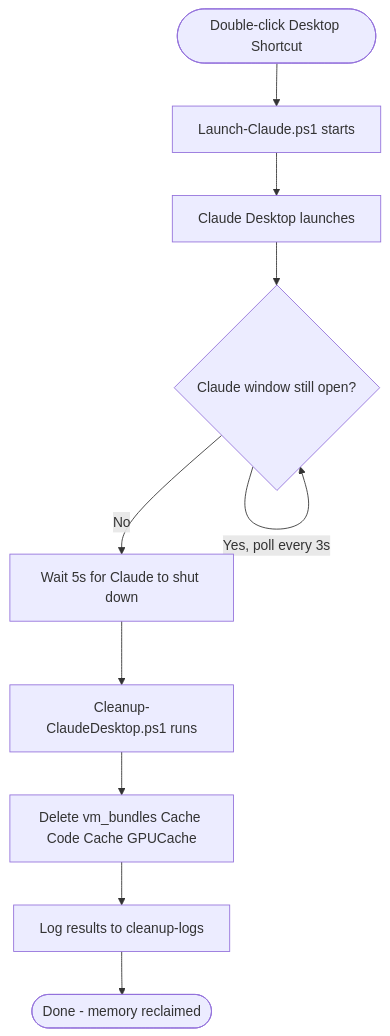
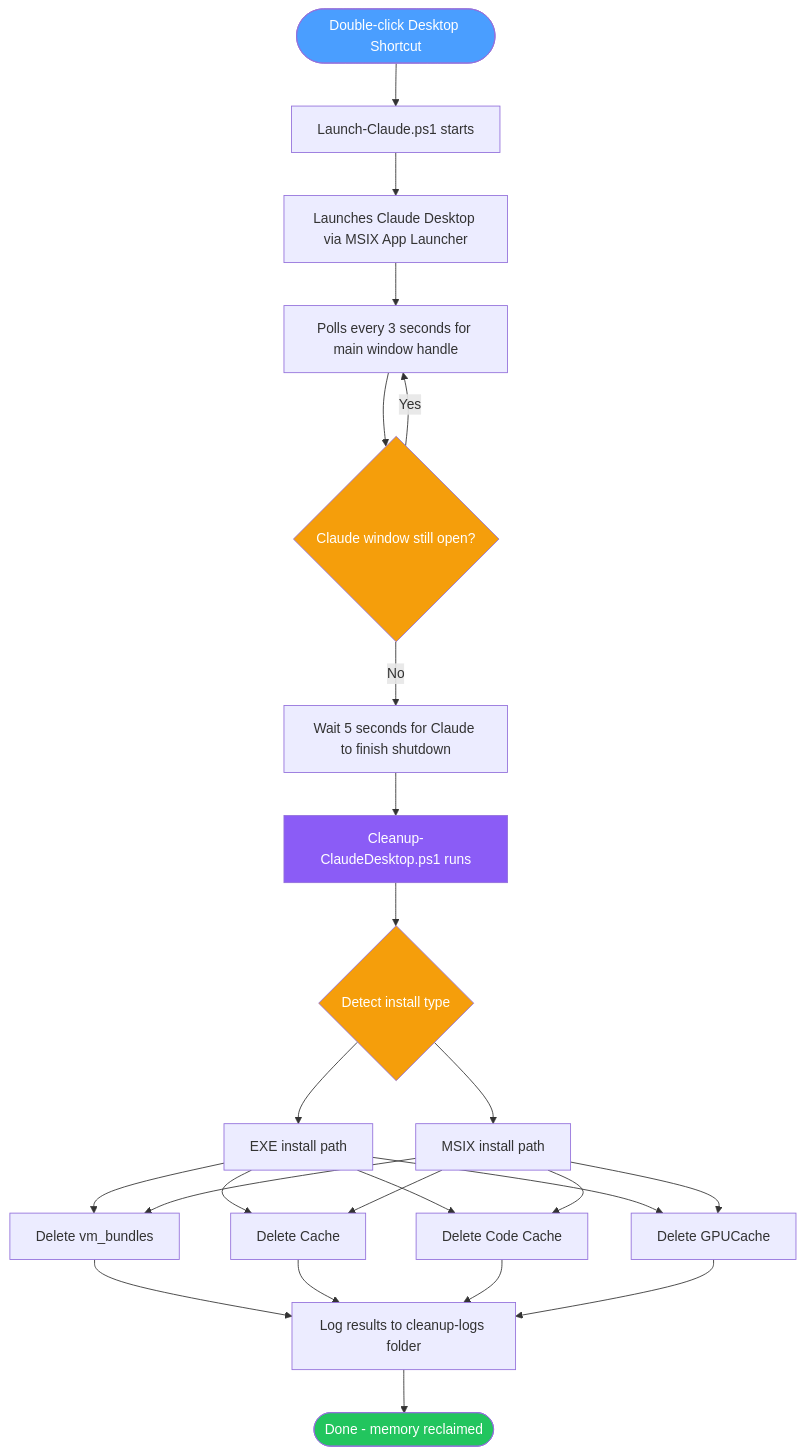
One commit to gcoleman0828/claude-memory-plug changed the diagram in README.md. Above: the diagram before and after it, drawn with Mermaid.

Commit message:
Upated README diagrams

````diff
--- a/README.md
+++ b/README.md
@@ -9,12 +9,32 @@
 ```mermaid
 flowchart TD
     A([Double-click Desktop Shortcut]) --> B[Launch-Claude.ps1 starts]
-    B --> C[Claude Desktop launches]
-    C --> D{Claude window still open?}
-    D -- Yes, poll every 3s --> D
-    D -- No --> E[Wait 5s for Claude to shut down]
-    E --> F[Cleanup-ClaudeDesktop.ps1 runs]
-    F --> G[Delete vm_bundles Cache Code Cache GPUCache]
-    G --> H[Log results to cleanup-logs]
-    H --> I([Done - memory reclaimed])
+    B --> C[Launches Claude Desktop via MSIX App Launcher]
+    C --> D[Polls every 3 seconds for main window handle]
+    D --> E{Claude window still open?}
+    E -- Yes --> D
+    E -- No --> F[Wait 5 seconds for Claude to finish shutdown]
+    F --> G[Cleanup-ClaudeDesktop.ps1 runs]
+    G --> H{Detect install type}
+    H --> I[EXE install path]
+    H --> J[MSIX install path]
+    I --> K[Delete vm_bundles]
+    I --> L[Delete Cache]
+    I --> M[Delete Code Cache]
+    I --> N[Delete GPUCache]
+    J --> K
+    J --> L
+    J --> M
+    J --> N
+    K --> O[Log results to cleanup-logs folder]
+    L --> O
+    M --> O
+    N --> O
+    O --> P([Done - memory reclaimed])
+
+    style A fill:#4a9eff,color:#fff
+    style P fill:#22c55e,color:#fff
+    style E fill:#f59e0b,color:#fff
+    style G fill:#8b5cf6,color:#fff
+    style H fill:#f59e0b,color:#fff
 ```
````
